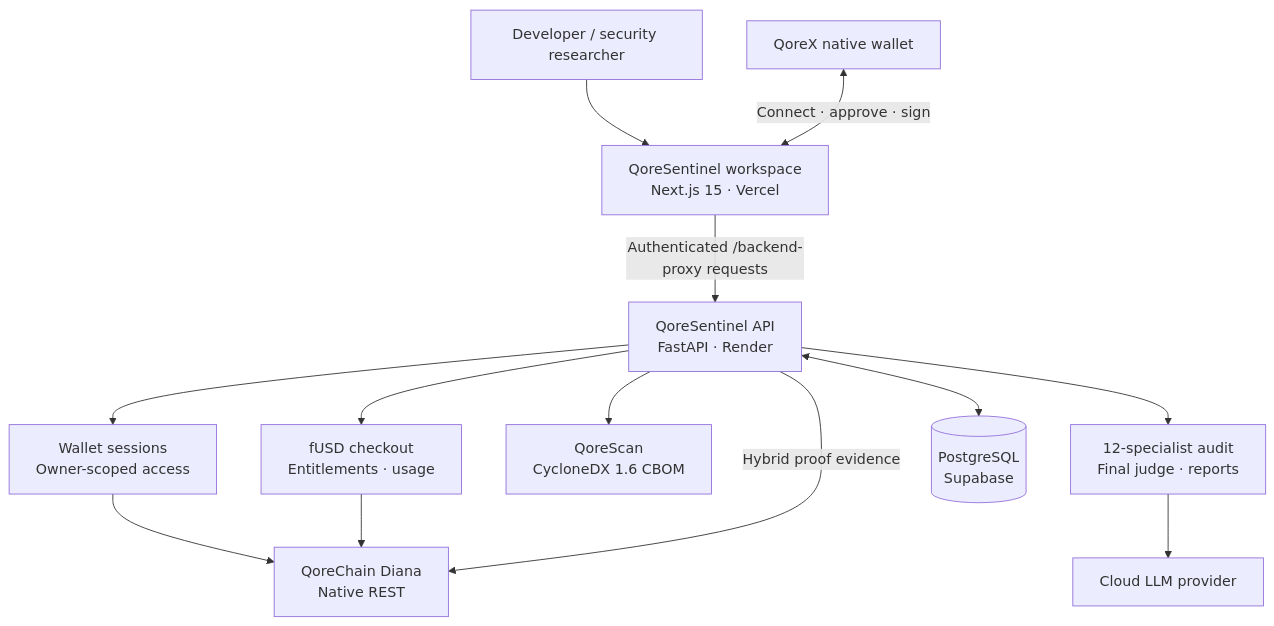
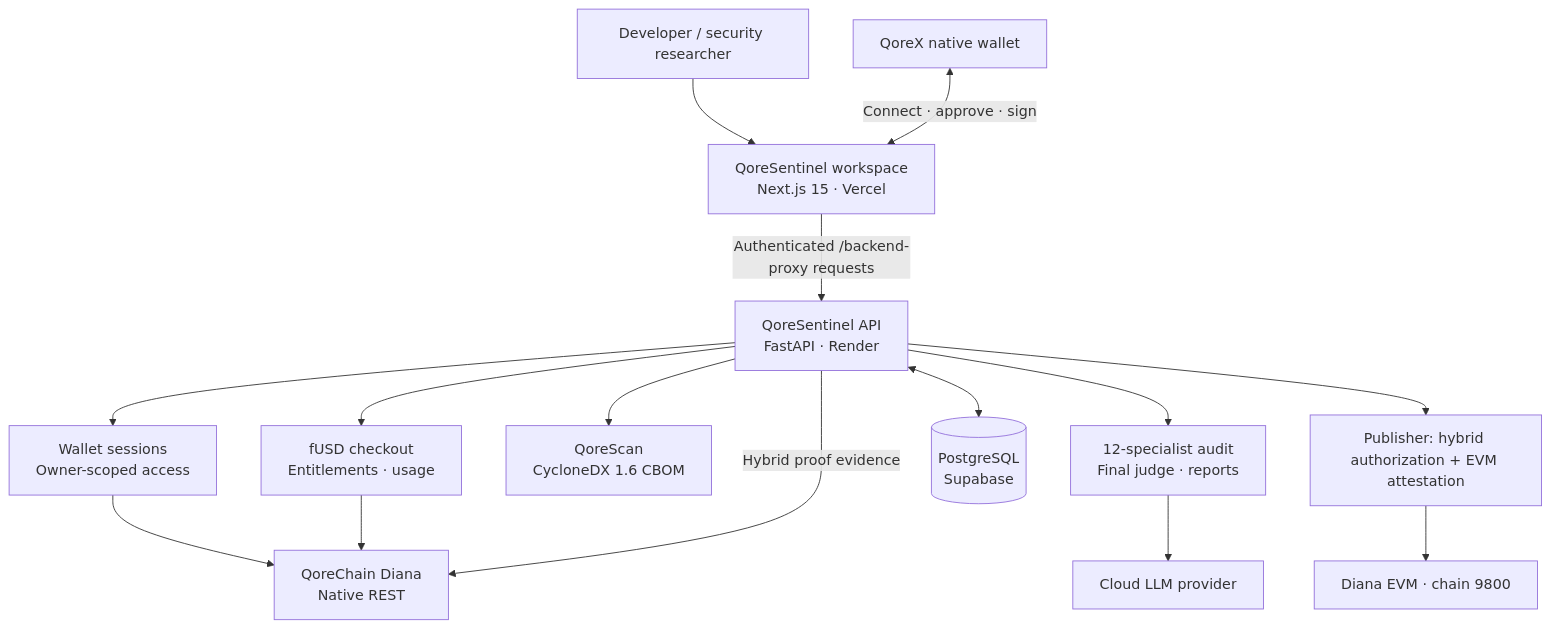
One commit to rocknwa/qoresentinel changed the second of 2 diagrams in README.md. Above: the diagram before and after it, drawn with Mermaid. The commit also changed other lines of this file and 2 other files, not shown here.

Commit message:
docs: record verified Diana UI attestation and production publishing flow

````diff
--- a/README.md
+++ b/README.md
@@ -95,15 +115,17 @@
 ```mermaid
 flowchart TB
     U["Developer / security researcher"] --> UI["QoreSentinel workspace<br/>Next.js 15 · Vercel"]
     QX["QoreX native wallet"] <-->|"Connect · approve · sign"| UI
     UI -->|"Authenticated /backend-proxy requests"| API["QoreSentinel API<br/>FastAPI · Render"]
     API --> AUTH["Wallet sessions<br/>Owner-scoped access"]
     API --> AUD["12-specialist audit<br/>Final judge · reports"]
     API --> PQC["QoreScan<br/>CycloneDX 1.6 CBOM"]
     API --> BILL["fUSD checkout<br/>Entitlements · usage"]
     API <--> DB[("PostgreSQL<br/>Supabase")]
     AUD --> LLM["Cloud LLM provider"]
     AUTH --> CHAIN["QoreChain Diana<br/>Native REST"]
     BILL --> CHAIN
     API -->|"Hybrid proof evidence"| CHAIN
+    API --> ATTEST["Publisher: hybrid authorization + EVM attestation"]
+    ATTEST --> DIANA["Diana EVM · chain 9800"]
 ```
````
